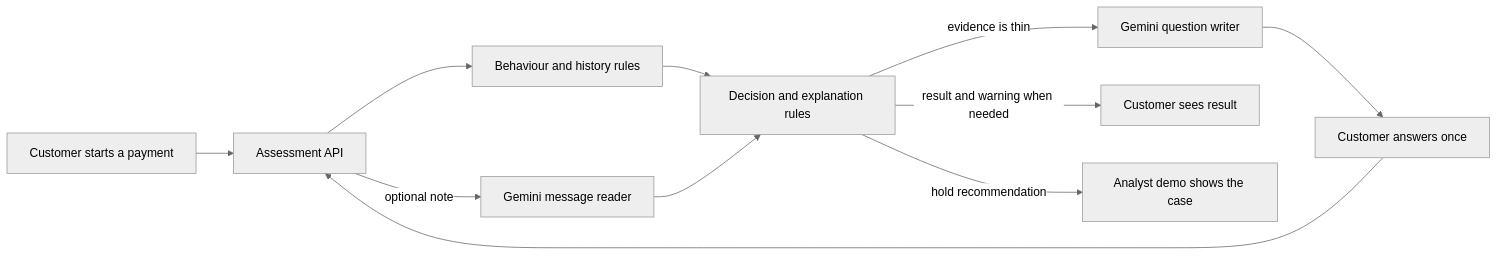
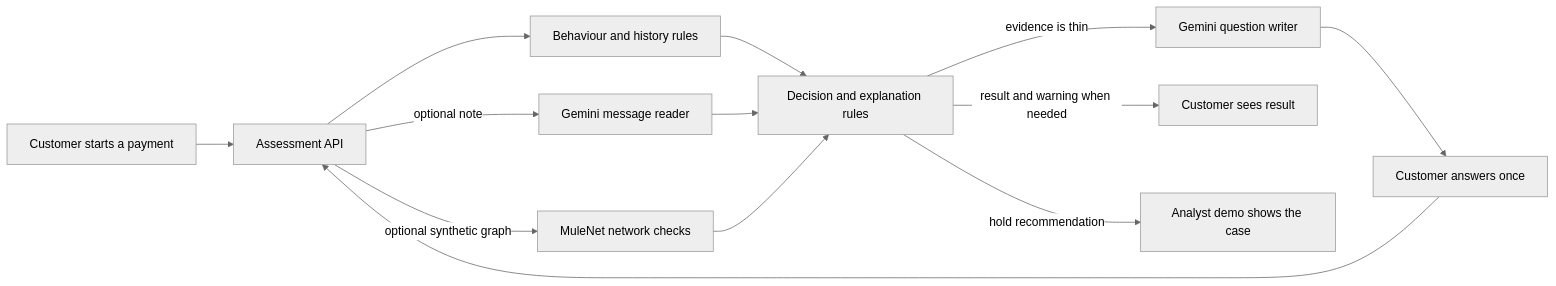
Before and after one commit to 05lakb/scamguard: the second of 3 diagrams in README.md, drawn with Mermaid (neutral theme). The commit also changed other lines of this file and 19 other files, not shown here.

Commit message:
Add FinGuard AI three-part workflow and MuleNet prototype

````diff
--- a/README.md
+++ b/README.md
@@ -28,13 +56,15 @@
 ```mermaid
 flowchart LR
     P["Customer starts a payment"] --> API["Assessment API"]
     API --> B["Behaviour and history rules"]
     API -->|optional note| R["Gemini message reader"]
+    API -->|optional synthetic graph| N["MuleNet network checks"]
     B --> D["Decision and explanation rules"]
     R --> D
+    N --> D
     D -->|evidence is thin| Q["Gemini question writer"]
     Q --> A["Customer answers once"]
     A --> API
     D -->|result and warning when needed| C["Customer sees result"]
     D -->|hold recommendation| H["Analyst demo shows the case"]
 ```
````
